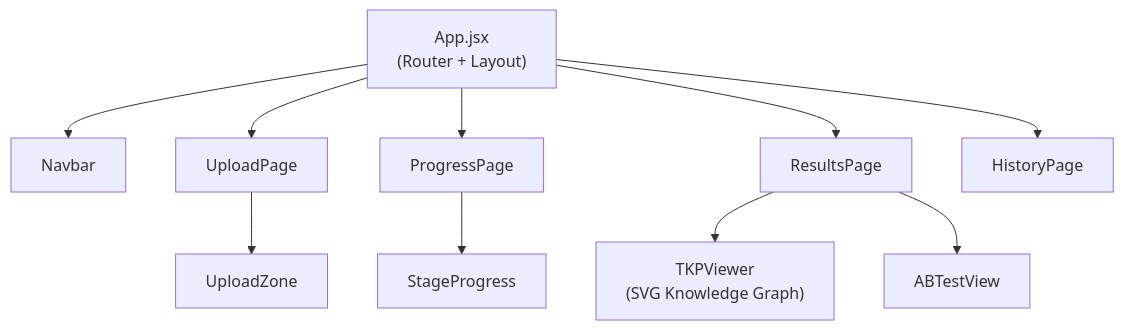
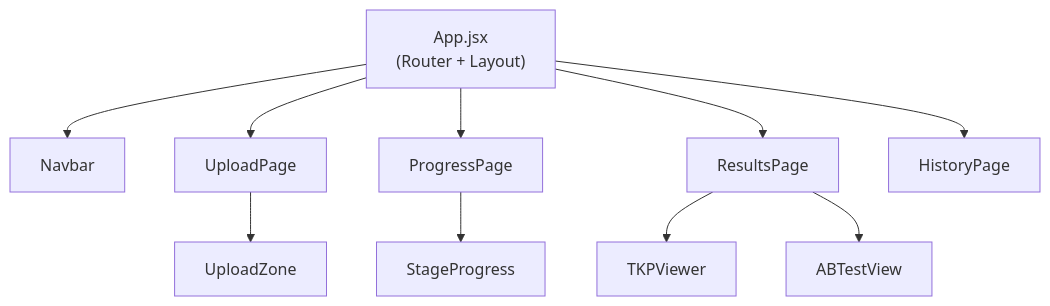
The sixth of 6 diagrams in DESIGN_DOCUMENT.md (EhsaasBhalla/IIT-Mandi), drawn with Mermaid before and after one commit. The commit also changed other lines of this file, not shown here.

Commit message:
docs: update architecture documentation to reflect Stage 4/5 chunking

````diff
--- a/DESIGN_DOCUMENT.md
+++ b/DESIGN_DOCUMENT.md
@@ -580,24 +564,24 @@
 ```mermaid
 graph TD
     App["App.jsx<br/>(Router + Layout)"]
     NB["Navbar"]
     UP["UploadPage"]
     PP["ProgressPage"]
     RP["ResultsPage"]
     HP["HistoryPage"]
     UZ["UploadZone"]
     SP["StageProgress"]
-    TV["TKPViewer<br/>(SVG Knowledge Graph)"]
+    TV["TKPViewer"]
     AB["ABTestView"]
 
     App --> NB
     App --> UP
     App --> PP
     App --> RP
     App --> HP
 
     UP --> UZ
     PP --> SP
     RP --> TV
     RP --> AB
 ```
````
